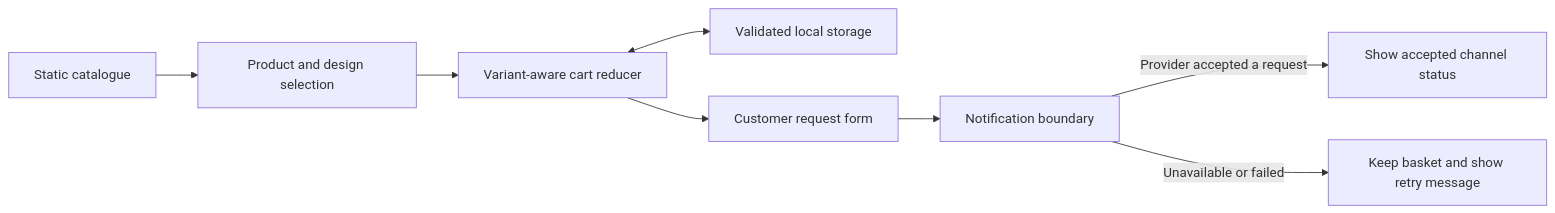
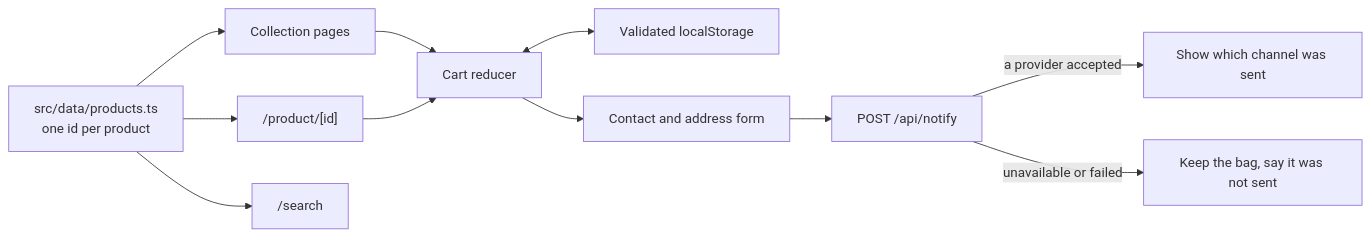
The diagram in README.md (abiha-aftab/fashion-store-nextjs-app), drawn with Mermaid before and after one commit. The commit also changed other lines of this file and 9 other files, not shown here.

````diff
--- a/README.md
+++ b/README.md
@@ -39,10 +55,13 @@
 ```mermaid
 flowchart LR
-  Catalogue[Static catalogue] --> Product[Product and design selection]
-  Product --> Cart[Variant-aware cart reducer]
-  Cart <--> Storage[Validated local storage]
-  Cart --> Request[Customer request form]
-  Request --> Notify[Notification boundary]
-  Notify -->|Provider accepted a request| Sent[Show accepted channel status]
-  Notify -->|Unavailable or failed| Keep[Keep basket and show retry message]
+  Catalogue["src/data/products.ts<br/>one id per product"] --> Pages[Collection pages]
+  Catalogue --> Detail["/product/[id]"]
+  Catalogue --> Search["/search"]
+  Pages --> Bag[Cart reducer]
+  Detail --> Bag
+  Bag <--> Storage[Validated localStorage]
+  Bag --> Request[Contact and address form]
+  Request --> Notify["POST /api/notify"]
+  Notify -->|a provider accepted| Sent[Show which channel was sent]
+  Notify -->|unavailable or failed| Keep[Keep the bag, say it was not sent]
 ```
````
